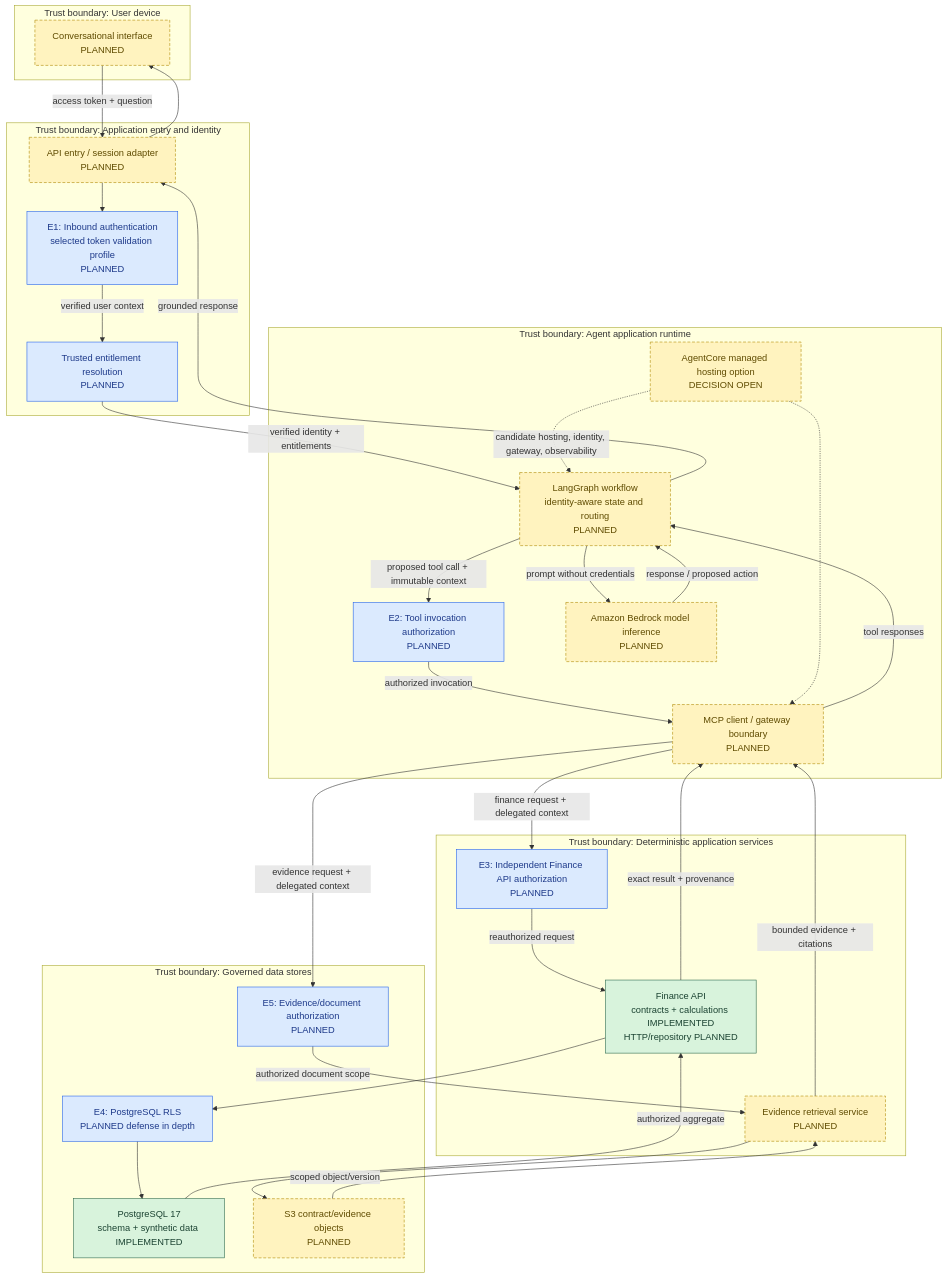
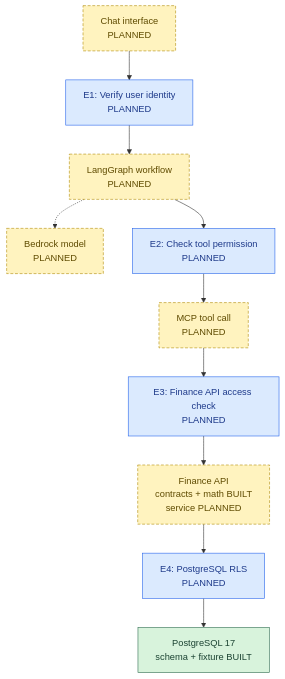
Before and after one commit to AmanpreetSingh-GitHub/Finance-Intelligence-And-Investigation-Platform: the first of 3 diagrams in docs/01_Enterprise_AI_Application_Architecture.md, drawn with Mermaid. The commit also changed other lines of this file and 2 other files, not shown here.

Commit message:
Finalize FIN-AI enterprise and capability architecture designs

````diff
--- a/docs/01_Enterprise_AI_Application_Architecture.md
+++ b/docs/01_Enterprise_AI_Application_Architecture.md
@@ -44,61 +19,21 @@
 ```mermaid
 flowchart TB
-    classDef implemented fill:#d8f3dc,stroke:#2d6a4f,color:#1b4332
-    classDef planned fill:#fff3bf,stroke:#b08900,color:#5f4b00,stroke-dasharray: 5 3
+    classDef built fill:#d8f3dc,stroke:#2d6a4f,color:#1b4332
+    classDef planned fill:#fff3bf,stroke:#b08900,color:#5f4b00,stroke-dasharray:5 3
     classDef control fill:#dbeafe,stroke:#2563eb,color:#1e3a8a
 
-    subgraph USER["Trust boundary: User device"]
-        UI["Conversational interface\nPLANNED"]:::planned
-    end
+    UI["Chat interface\nPLANNED"]:::planned
+    E1["E1: Verify user identity\nPLANNED"]:::control
+    LG["LangGraph workflow\nPLANNED"]:::planned
+    BM["Bedrock model\nPLANNED"]:::planned
+    E2["E2: Check tool permission\nPLANNED"]:::control
+    MCP["MCP tool call\nPLANNED"]:::planned
+    E3["E3: Finance API access check\nPLANNED"]:::control
+    API["Finance API\ncontracts + math BUILT\nservice PLANNED"]:::planned
+    E4["E4: PostgreSQL RLS\nPLANNED"]:::control
+    PG["PostgreSQL 17\nschema + fixture BUILT"]:::built
 
-    subgraph EDGE["Trust boundary: Application entry and identity"]
-        ENTRY["API entry / session adapter\nPLANNED"]:::planned
-        AUTHN["E1: Inbound authentication\nselected token validation profile\nPLANNED"]:::control
-        ENT["Trusted entitlement resolution\nPLANNED"]:::control
-    end
-
-    subgraph ORCH["Trust boundary: Agent application runtime"]
-        GRAPH["LangGraph workflow\nidentity-aware state and routing\nPLANNED"]:::planned
-        POLICY["E2: Tool invocation authorization\nPLANNED"]:::control
-        MODEL["Amazon Bedrock model inference\nPLANNED"]:::planned
-        MCP["MCP client / gateway boundary\nPLANNED"]:::planned
-        HOST["AgentCore managed hosting option\nDECISION OPEN"]:::planned
-    end
-
-    subgraph SERVICE["Trust boundary: Deterministic application services"]
-        FAPI["Finance API\ncontracts + calculations IMPLEMENTED\nHTTP/repository PLANNED"]:::implemented
-        APIZ["E3: Independent Finance API authorization\nPLANNED"]:::control
-        RETRIEVE["Evidence retrieval service\nPLANNED"]:::planned
-    end
-
-    subgraph DATA["Trust boundary: Governed data stores"]
-        PG["PostgreSQL 17\nschema + synthetic data IMPLEMENTED"]:::implemented
-        RLS["E4: PostgreSQL RLS\nPLANNED defense in depth"]:::control
-        S3["S3 contract/evidence objects\nPLANNED"]:::planned
-        S3AUTH["E5: Evidence/document authorization\nPLANNED"]:::control
-    end
-
-    UI -->|"access token + question"| ENTRY
-    ENTRY --> AUTHN
-    AUTHN -->|"verified user context"| ENT
-    ENT -->|"verified identity + entitlements"| GRAPH
-    GRAPH -->|"prompt without credentials"| MODEL
-    MODEL -->|"response / proposed action"| GRAPH
-    GRAPH -->|"proposed tool call + immutable context"| POLICY
-    POLICY -->|"authorized invocation"| MCP
-    MCP -->|"finance request + delegated context"| APIZ
-    APIZ -->|"reauthorized request"| FAPI
-    FAPI --> RLS
-    RLS --> PG
-    MCP -->|"evidence request + delegated context"| S3AUTH
-    S3AUTH -->|"authorized document scope"| RETRIEVE
-    RETRIEVE --> S3
-    PG -->|"authorized aggregate"| FAPI
-    FAPI -->|"exact result + provenance"| MCP
-    S3 -->|"scoped object/version"| RETRIEVE
-    RETRIEVE -->|"bounded evidence + citations"| MCP
-    MCP -->|"tool responses"| GRAPH
-    GRAPH -->|"grounded response"| ENTRY --> UI
-    HOST -. "candidate hosting, identity, gateway, observability" .-> GRAPH
-    HOST -.-> MCP
+    UI --> E1 --> LG
+    LG -.-> BM
+    LG --> E2 --> MCP --> E3 --> API --> E4 --> PG
 ```
````
